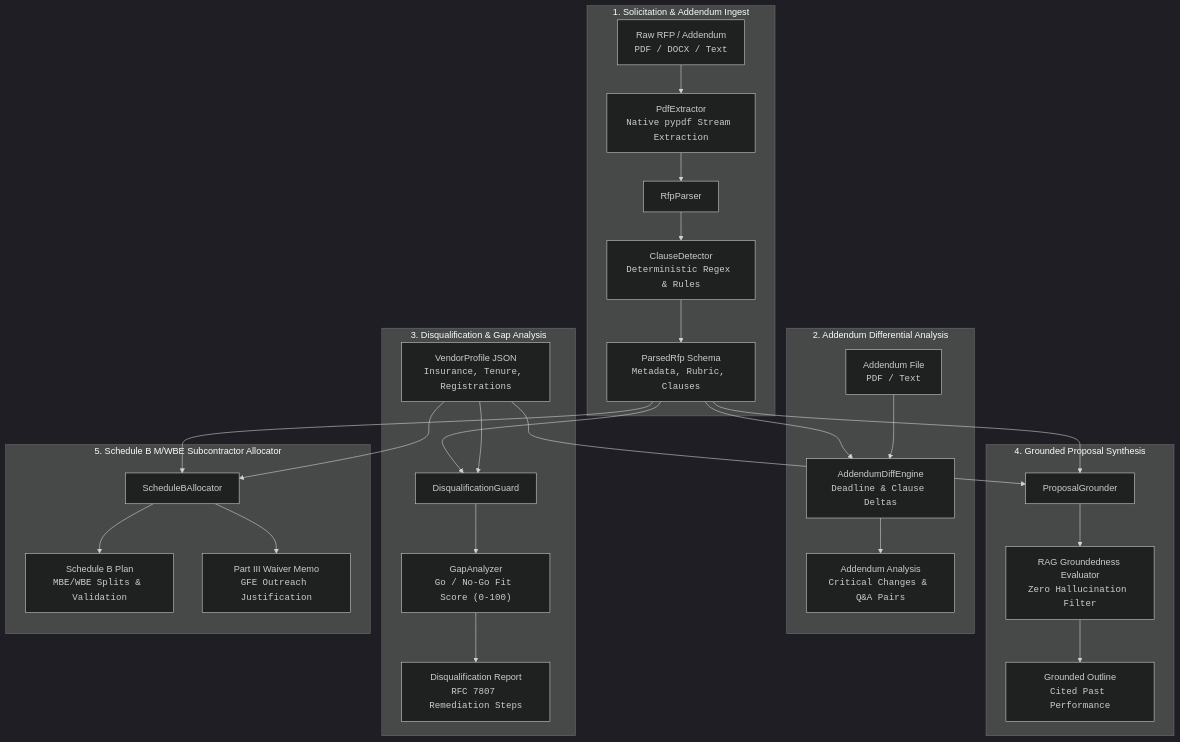
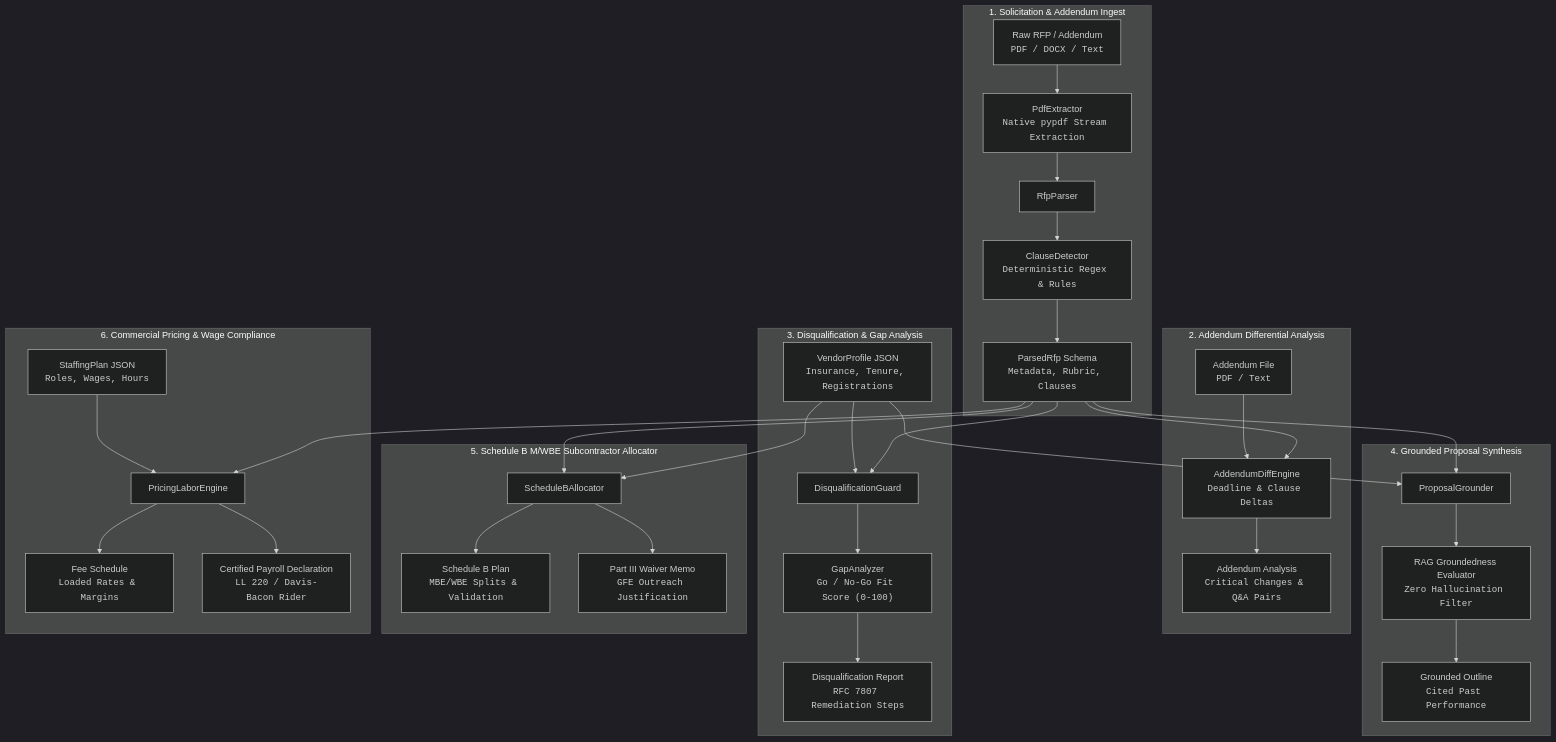
The diagram in README.md (max-subzero/gov-bid-ai), drawn with Mermaid (dark theme) before and after one commit. The commit also changed other lines of this file and 7 other files, not shown here.

Commit message:
feat(pricing): add commercial pricing and prevailing wage labor modeling engine (Phase 1)

````diff
--- a/README.md
+++ b/README.md
@@ -33,36 +33,43 @@
 ```mermaid
 flowchart TD
     subgraph Ingestion["1. Solicitation & Addendum Ingest"]
         A["Raw RFP / Addendum<br/><code>PDF / DOCX / Text</code>"] --> P["PdfExtractor<br/><code>Native pypdf Stream Extraction</code>"]
         P --> B["RfpParser"]
         B --> C["ClauseDetector<br/><code>Deterministic Regex & Rules</code>"]
         C --> D["ParsedRfp Schema<br/><code>Metadata, Rubric, Clauses</code>"]
     end
 
     subgraph Addendum["2. Addendum Differential Analysis"]
         D --> AD["AddendumDiffEngine<br/><code>Deadline & Clause Deltas</code>"]
         ADD["Addendum File<br/><code>PDF / Text</code>"] --> AD
         AD --> AR["Addendum Analysis<br/><code>Critical Changes & Q&A Pairs</code>"]
     end
 
     subgraph Defense["3. Disqualification & Gap Analysis"]
         D --> E["DisqualificationGuard"]
         V["VendorProfile JSON<br/><code>Insurance, Tenure, Registrations</code>"] --> E
         E --> F["GapAnalyzer<br/><code>Go / No-Go Fit Score (0-100)</code>"]
         F --> G["Disqualification Report<br/><code>RFC 7807 Remediation Steps</code>"]
     end
 
     subgraph Proposal["4. Grounded Proposal Synthesis"]
         D --> H["ProposalGrounder"]
         V --> H
         H --> I["RAG Groundedness Evaluator<br/><code>Zero Hallucination Filter</code>"]
         I --> J["Grounded Outline<br/><code>Cited Past Performance</code>"]
     end
 
     subgraph Mwbe["5. Schedule B M/WBE Subcontractor Allocator"]
         D --> SB["ScheduleBAllocator"]
         V --> SB
         SB --> SBP["Schedule B Plan<br/><code>MBE/WBE Splits & Validation</code>"]
         SB --> WM["Part III Waiver Memo<br/><code>GFE Outreach Justification</code>"]
     end
+
+    subgraph Pricing["6. Commercial Pricing & Wage Compliance"]
+        D --> PE["PricingLaborEngine"]
+        SP["StaffingPlan JSON<br/><code>Roles, Wages, Hours</code>"] --> PE
+        PE --> FS["Fee Schedule<br/><code>Loaded Rates & Margins</code>"]
+        PE --> CPD["Certified Payroll Declaration<br/><code>LL 220 / Davis-Bacon Rider</code>"]
+    end
 ```
````
